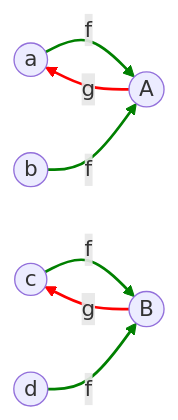
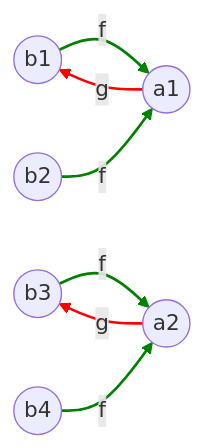
The diagram in 08-cardinals.md (geraw/sLogicAndSetTheory2026), drawn with Mermaid before and after one commit. The commit also changed other lines of this file, not shown here.

````diff
--- a/08-cardinals.md
+++ b/08-cardinals.md
@@ -165,14 +167,14 @@
 ```mermaid
 graph LR
 
-a((a)) --> |f| A((A))
-b((b)) --> |f| A
-c((c)) --> |f| B((B))
-d((d)) --> |f| B
+b1((b1)) --> |f| a1((a1))
+b2((b2)) --> |f| a1
+b3((b3)) --> |f| a2((a2))
+b4((b4)) --> |f| a2
 
-A --> |g| a
-B --> |g| c
+a1 --> |g| b1
+a2 --> |g| b3
 
 linkStyle 0,1,2,3 stroke:green,stroke-width:2px,head-color:green
 linkStyle 4,5 stroke:red,stroke-width:2px,arrowhead-color:red
 ```
````
